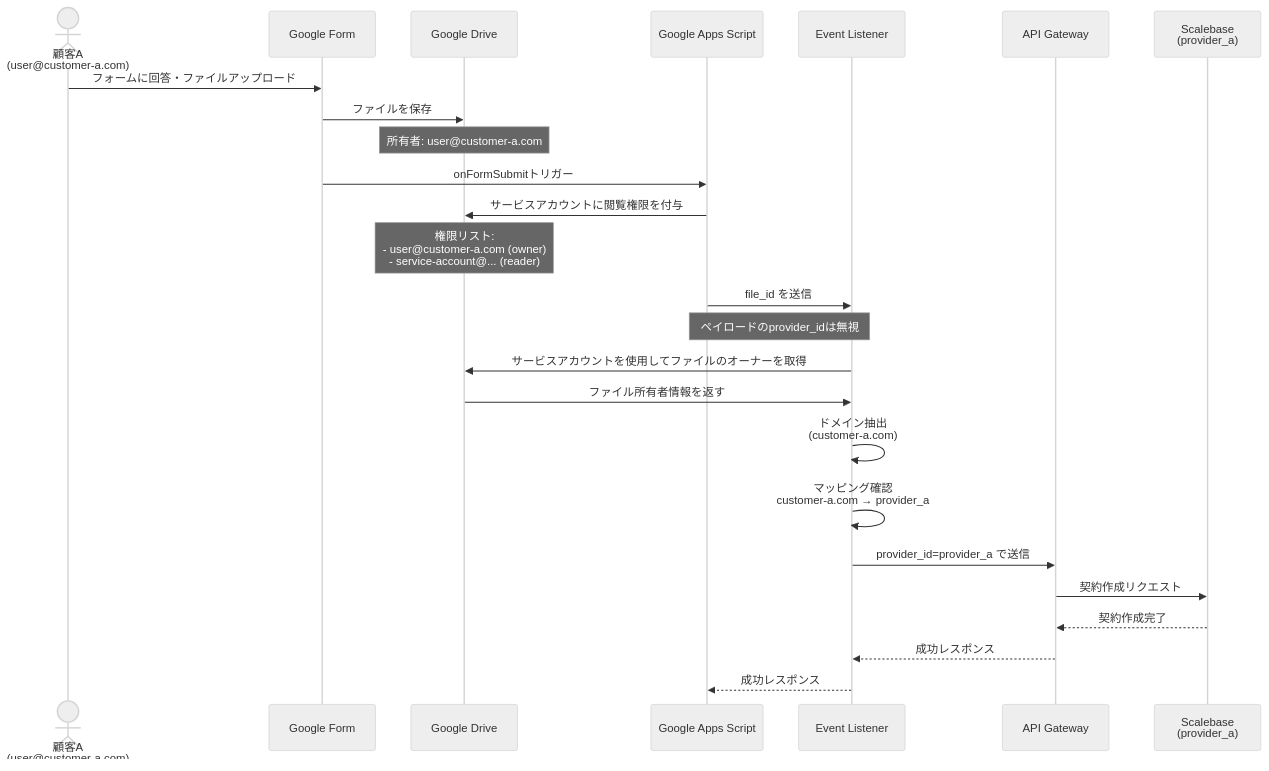
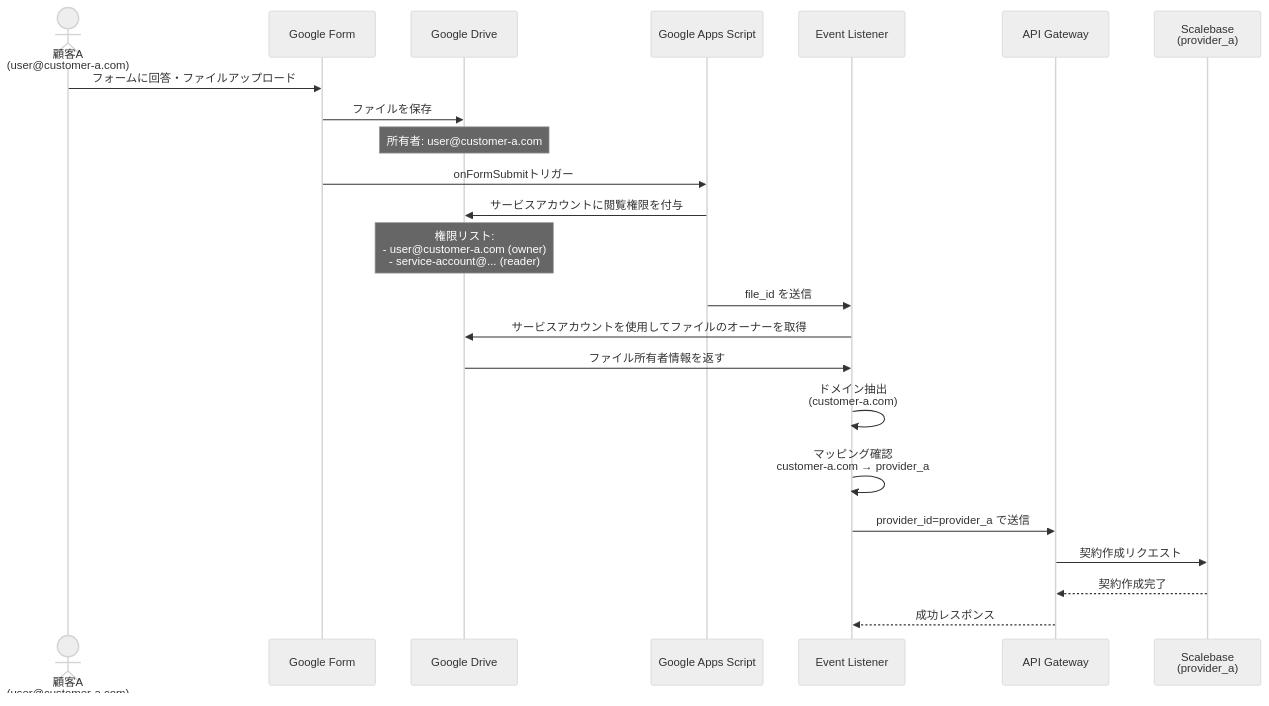
One commit to KobeanH/git_tutorial changed the second of 2 diagrams in README.md. Above: the diagram before and after it, drawn with Mermaid (neutral theme).

Commit message:
Remove unnecessary note about payload provider_id

````diff
--- a/README.md
+++ b/README.md
@@ -51,34 +51,32 @@
 ```mermaid
 sequenceDiagram
     actor User as 顧客A<br/>(user@customer-a.com)
     participant Form as Google Form
     participant Drive as Google Drive
     participant GAS as Google Apps Script
     participant EL as Event Listener
     
     participant API as API Gateway
     participant SB as Scalebase<br/>(provider_a)
 
     User->>Form: フォームに回答・ファイルアップロード
     Form->>Drive: ファイルを保存
     Note over Drive: 所有者: user@customer-a.com
 
     Form->>GAS: onFormSubmitトリガー
     GAS->>Drive: サービスアカウントに閲覧権限を付与
     Note over Drive: 権限リスト:<br/>- user@customer-a.com (owner)<br/>- service-account@... (reader)
 
     GAS->>EL: file_id を送信
-    Note over GAS,EL: ペイロードのprovider_idは無視
 
     EL->>Drive: サービスアカウントを使用してファイルのオーナーを取得
     Drive->>EL: ファイル所有者情報を返す
 
     EL->>EL: ドメイン抽出<br/>(customer-a.com)
     EL->>EL: マッピング確認<br/>customer-a.com → provider_a
 
     EL->>API: provider_id=provider_a で送信
     API->>SB: 契約作成リクエスト
     SB-->>API: 契約作成完了
     API-->>EL: 成功レスポンス
-    EL-->>GAS: 成功レスポンス
 ```
````
